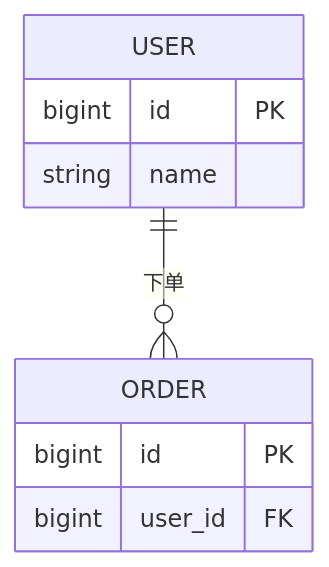
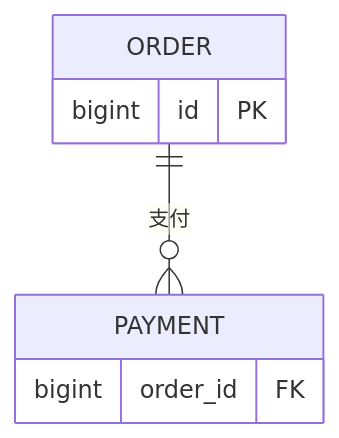
One commit to newbeans1118/virtual-team changed the diagram in templates/DATABASE.md. Above: the diagram before and after it, drawn with Mermaid. The commit also changed other lines of this file and 31 other files, not shown here.

````diff
--- a/templates/DATABASE.md
+++ b/templates/DATABASE.md
@@ -18,12 +38,10 @@
 ```mermaid
 erDiagram
-  USER ||--o{ ORDER : "下单"
-  USER {
-    bigint id PK
-    string name
-  }
+  ORDER ||--o{ PAYMENT : "支付"
   ORDER {
     bigint id PK
-    bigint user_id FK
+  }
+  PAYMENT {
+    bigint order_id FK
   }
 ```
````
